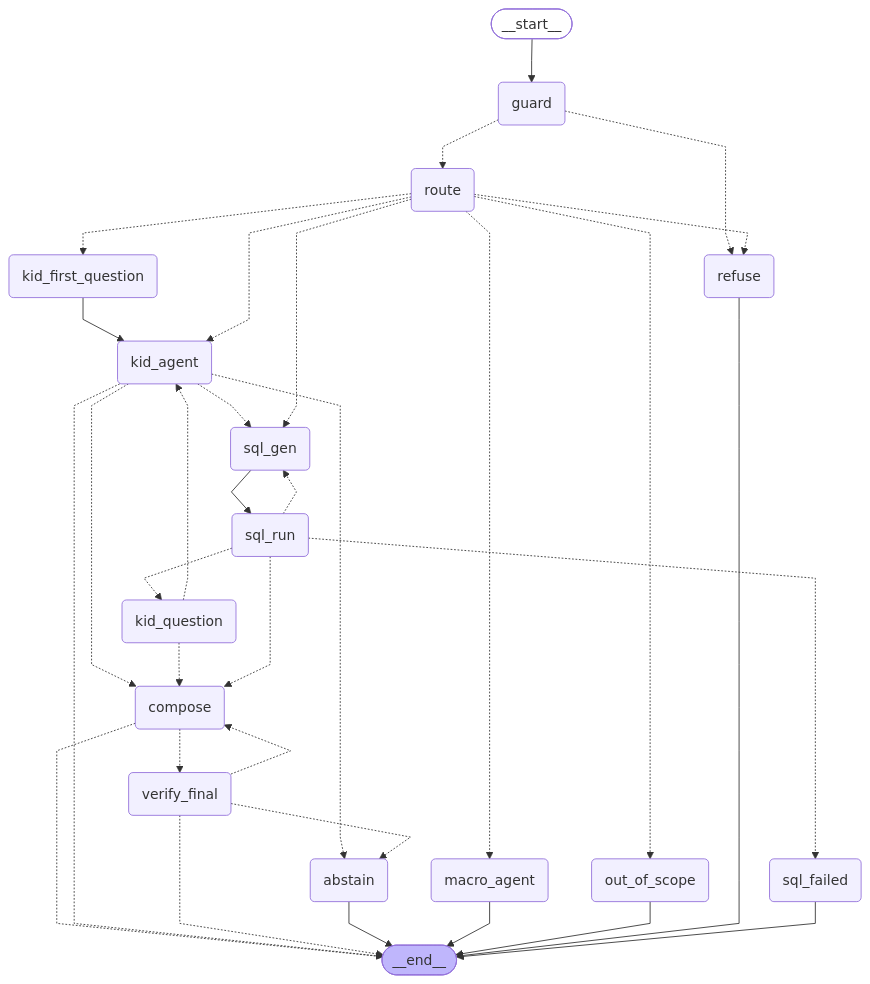
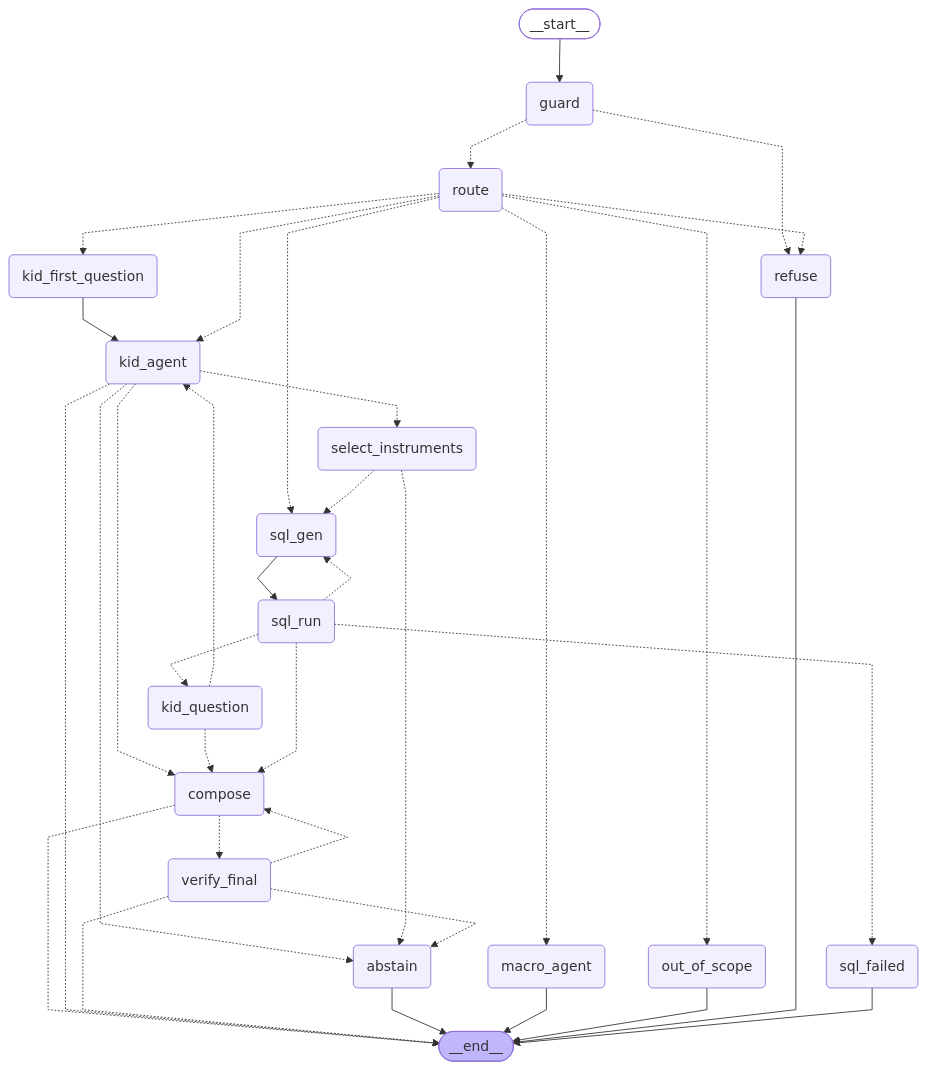
One commit to Naimket/wealthai-copilot changed the diagram in docs/multi_agent_graph.md. Above: the diagram before and after it, drawn with Mermaid. The commit also changed 4 other files, not shown here.

Commit message:
Select qualifying instruments in code for kid_first; completeness rule in compose and verify

````diff
--- a/docs/multi_agent_graph.md
+++ b/docs/multi_agent_graph.md
@@ -8,58 +8,61 @@
 ```mermaid
 ---
 config:
   flowchart:
     curve: linear
 ---
 graph TD;
 	__start__([<p>__start__</p>]):::first
 	guard(guard)
 	refuse(refuse)
 	route(route)
 	out_of_scope(out_of_scope)
 	kid_agent(kid_agent)
 	macro_agent(macro_agent)
 	kid_first_question(kid_first_question)
+	select_instruments(select_instruments)
 	sql_gen(sql_gen)
 	sql_run(sql_run)
 	sql_failed(sql_failed)
 	kid_question(kid_question)
 	compose(compose)
 	verify_final(verify_final)
 	abstain(abstain)
 	__end__([<p>__end__</p>]):::last
 	__start__ --> guard;
 	compose -.-> __end__;
 	compose -.-> verify_final;
 	guard -.-> refuse;
 	guard -.-> route;
 	kid_agent -.-> __end__;
 	kid_agent -.-> abstain;
 	kid_agent -.-> compose;
-	kid_agent -.-> sql_gen;
+	kid_agent -.-> select_instruments;
 	kid_first_question --> kid_agent;
 	kid_question -.-> compose;
 	kid_question -.-> kid_agent;
 	route -.-> kid_agent;
 	route -.-> kid_first_question;
 	route -.-> macro_agent;
 	route -.-> out_of_scope;
 	route -.-> refuse;
 	route -.-> sql_gen;
+	select_instruments -.-> abstain;
+	select_instruments -.-> sql_gen;
 	sql_gen --> sql_run;
 	sql_run -.-> compose;
 	sql_run -.-> kid_question;
 	sql_run -.-> sql_failed;
 	sql_run -.-> sql_gen;
 	verify_final -.-> __end__;
 	verify_final -.-> abstain;
 	verify_final -.-> compose;
 	abstain --> __end__;
 	macro_agent --> __end__;
 	out_of_scope --> __end__;
 	refuse --> __end__;
 	sql_failed --> __end__;
 	classDef default fill:#f2f0ff,line-height:1.2
 	classDef first fill-opacity:0
 	classDef last fill:#bfb6fc
 ```
````
